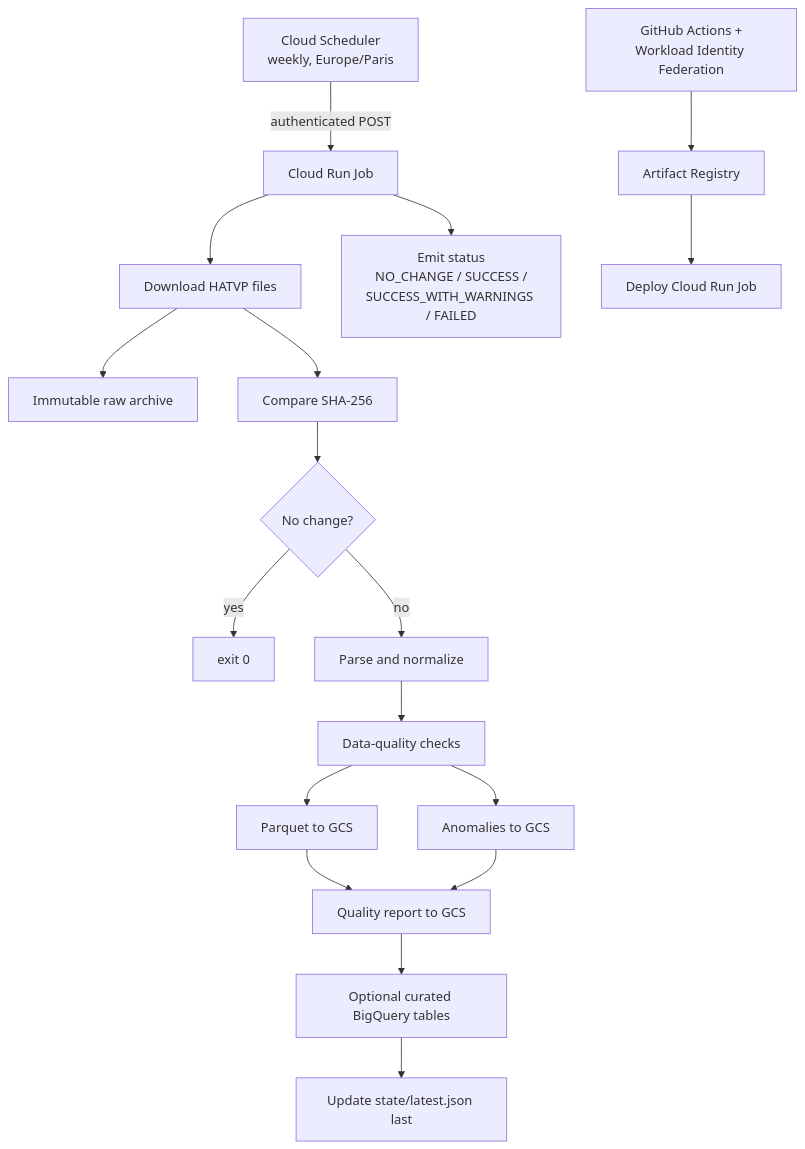
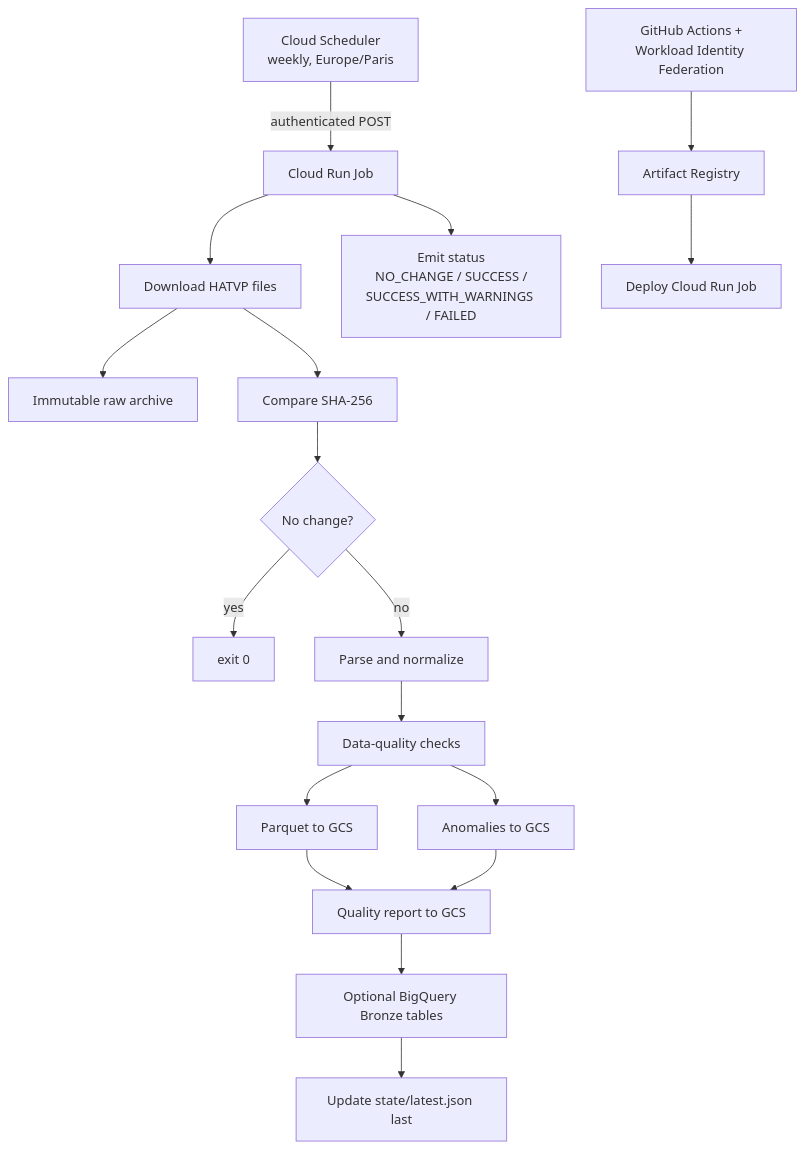
The diagram in README.md (louispaulet/YAHATVP), drawn with Mermaid before and after one commit. The commit also changed other lines of this file and 18 other files, not shown here.

````diff
--- a/README.md
+++ b/README.md
@@ -27,38 +27,38 @@
 ```mermaid
 flowchart TB
     scheduler["Cloud Scheduler<br/>weekly, Europe/Paris"]
     job["Cloud Run Job"]
     download["Download HATVP files"]
     raw["Immutable raw archive"]
     hashes["Compare SHA-256"]
     unchanged{"No change?"}
     exit["exit 0"]
     parse["Parse and normalize"]
     quality["Data-quality checks"]
     parquet["Parquet to GCS"]
     anomalies["Anomalies to GCS"]
     report["Quality report to GCS"]
-    bigquery["Optional curated BigQuery tables"]
+    bigquery["Optional BigQuery Bronze tables"]
     state["Update state/latest.json last"]
     status["Emit status<br/>NO_CHANGE / SUCCESS /<br/>SUCCESS_WITH_WARNINGS / FAILED"]
     github["GitHub Actions +<br/>Workload Identity Federation"]
     registry["Artifact Registry"]
     deploy["Deploy Cloud Run Job"]
 
     scheduler -->|authenticated POST| job
     job --> download
     job --> status
     download --> raw
     download --> hashes
     hashes --> unchanged
     unchanged -->|yes| exit
     unchanged -->|no| parse
     parse --> quality
     quality --> parquet
     quality --> anomalies
     parquet --> report
     anomalies --> report
     report --> bigquery
     bigquery --> state
     github --> registry --> deploy
 ```
````
